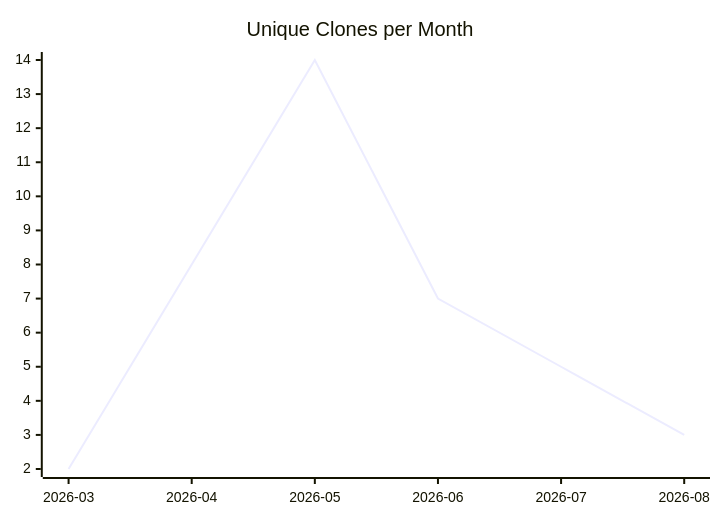
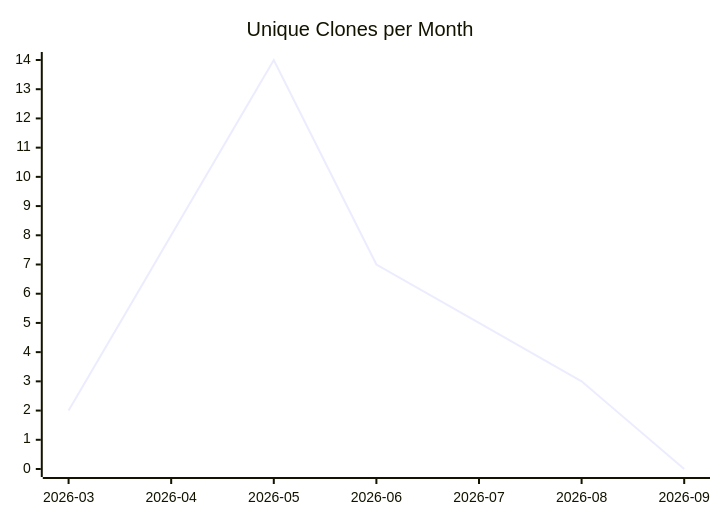
The third of 3 diagrams in karlmdavis/hello-rust-actix/README.md (justdavis-family/github-analytics-data), drawn with Mermaid before and after one commit. The commit also changed other lines of this file and 191 other files, not shown here.

````diff
--- a/karlmdavis/hello-rust-actix/README.md
+++ b/karlmdavis/hello-rust-actix/README.md
@@ -19,6 +19,6 @@
 ```mermaid
 xychart-beta
   title "Unique Clones per Month"
-  x-axis ["2026-03", "2026-04", "2026-05", "2026-06", "2026-07", "2026-08"]
-  line [2, 8, 14, 7, 5, 3]
+  x-axis ["2026-03", "2026-04", "2026-05", "2026-06", "2026-07", "2026-08", "2026-09"]
+  line [2, 8, 14, 7, 5, 3, 0]
 ```
````
